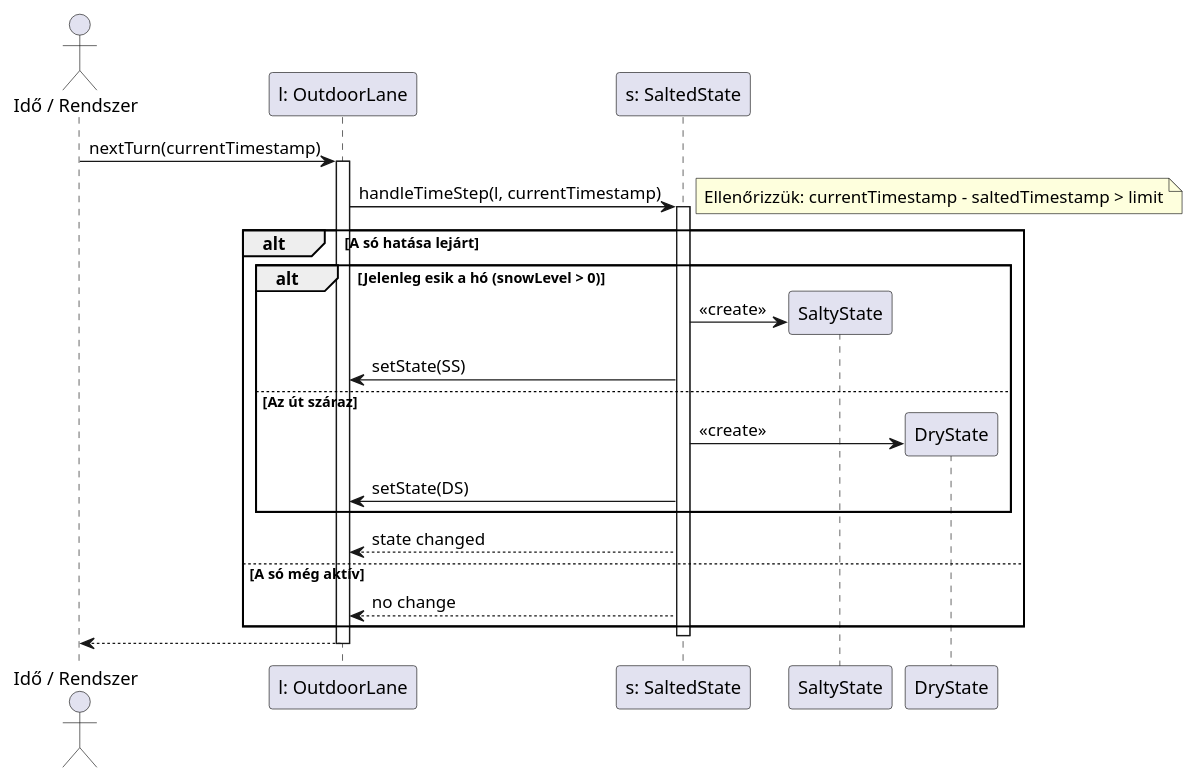
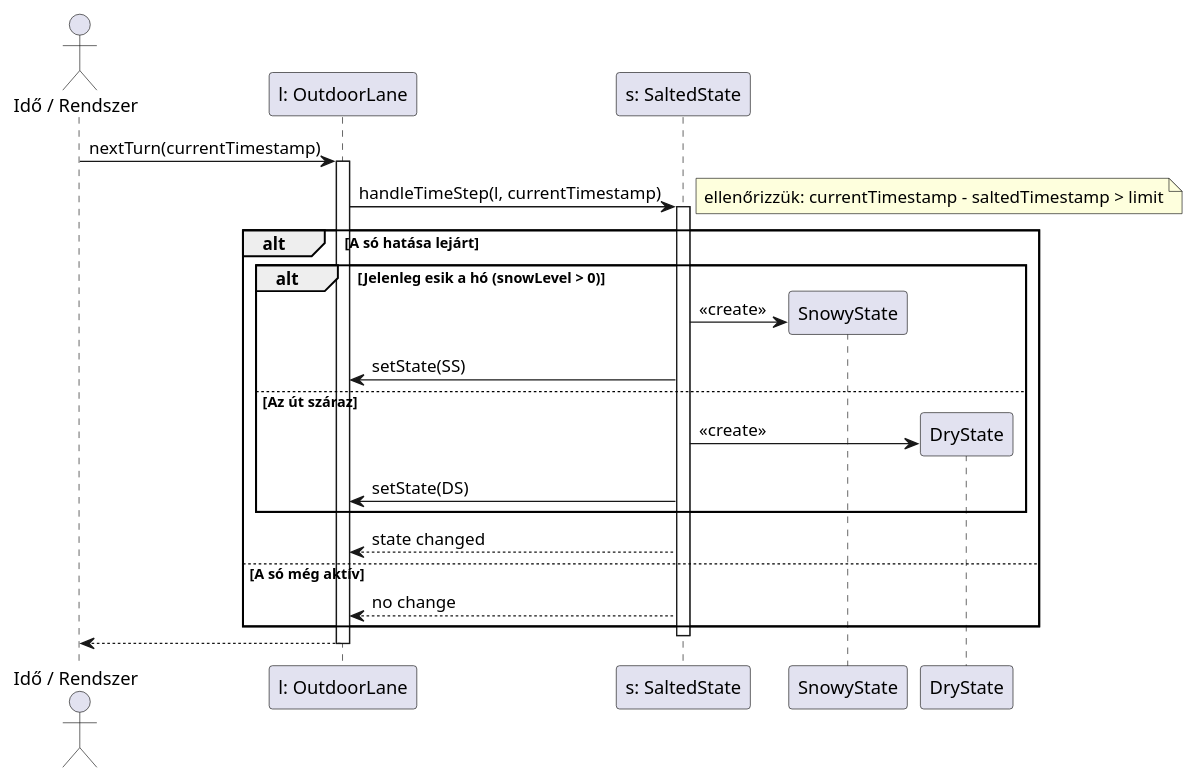
One commit to toth-andor/UneNotteANapoli changed the diagram in docs/04/diagrams/sequence/06.puml. Above: the diagram before and after it, drawn with PlantUML. The commit also changed other lines of this file and 2 other files, not shown here.

```diff
--- a/docs/04/diagrams/sequence/06.puml
+++ b/docs/04/diagrams/sequence/06.puml
@@ -1,32 +3,32 @@
 @startuml
 actor "Idő / Rendszer" as E
 participant "l: OutdoorLane" as L
 participant "s: SaltedState" as S
 
 E -> L : nextTurn(currentTimestamp)
 activate L
     L -> S : handleTimeStep(l, currentTimestamp)
     activate S
         
-        note right: Ellenőrizzük: currentTimestamp - saltedTimestamp > limit
+        note right: ellenőrizzük: currentTimestamp - saltedTimestamp > limit
         
         alt A só hatása lejárt
             
             alt Jelenleg esik a hó (snowLevel > 0)
                 
-                S -> SaltyState ** : <<create>>
+                S -> SnowyState ** : <<create>>
                 S -> L : setState(SS)
             else Az út száraz
                 S -> DryState ** : <<create>>
                 S -> L : setState(DS)
             end
             
             S --> L : state changed
         else A só még aktív
             S --> L : no change
         end
         
     deactivate S
     L --> E
 deactivate L
 @enduml
```
